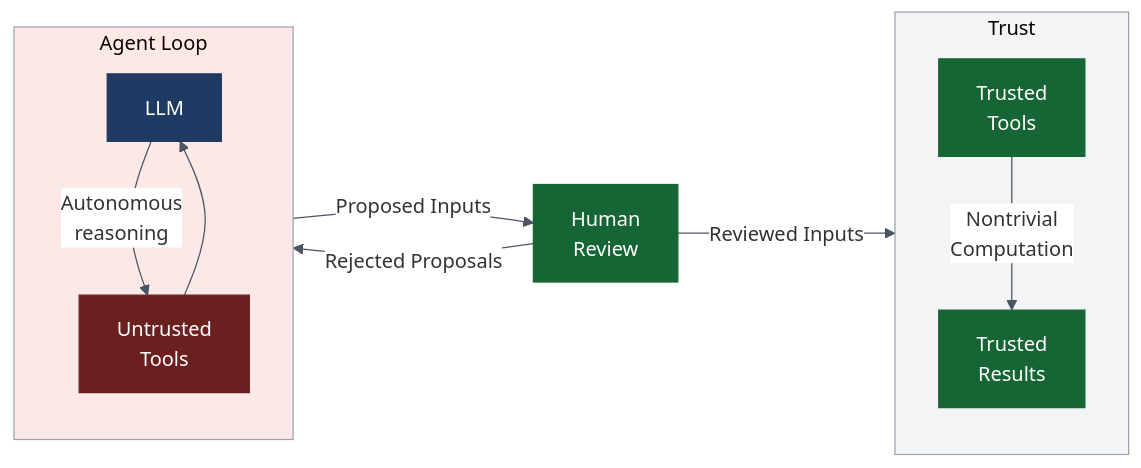
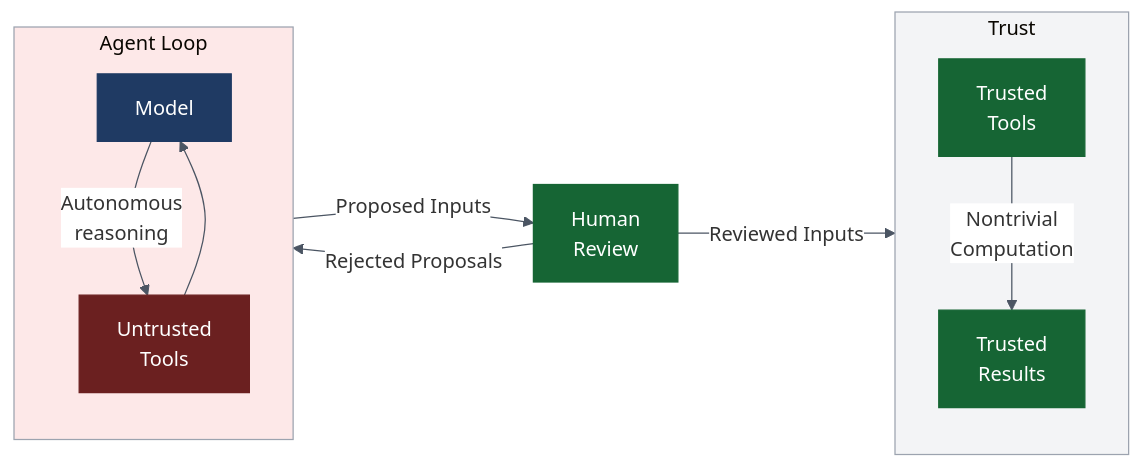
The diagram in index.qmd (parmsam/trustedminiagents), drawn with Mermaid before and after one commit. The commit also changed other lines of this file and 5 other files, not shown here.

Commit message:
'LLM' => 'AI model'

````diff
--- a/index.qmd
+++ b/index.qmd
@@ -37,32 +37,32 @@
 ```{mermaid}
 %%{init: {'theme':'base', 'themeVariables': {'lineColor':'#4B5563','edgeLabelBackground':'#ffffff'}}}%%
 flowchart LR
     subgraph AgentLoop["Agent Loop"]
         direction TB
-        LLM["LLM"]
+        Model["Model"]
         UT["Untrusted<br>Tools"]
-        LLM -->|"Autonomous<br>reasoning"| UT
-        UT --> LLM
+        Model -->|"Autonomous<br>reasoning"| UT
+        UT --> Model
     end
 
     HR["Human<br>Review"]
 
     subgraph Trust["Trust"]
         direction TB
         TT["Trusted<br>Tools"]
         TR["Trusted<br>Results"]
         TT -->|"Nontrivial<br>Computation"| TR
     end
 
     AgentLoop -->|"Proposed Inputs"| HR
     HR -->|"Rejected Proposals"| AgentLoop
     HR -->|"Reviewed Inputs"| TT
 
-    style LLM fill:#1F3A63,color:#ffffff,stroke:#1F3A63
+    style Model fill:#1F3A63,color:#ffffff,stroke:#1F3A63
     style UT fill:#6B2020,color:#ffffff,stroke:#6B2020
     style HR fill:#166534,color:#ffffff,stroke:#166534
     style TT fill:#166534,color:#ffffff,stroke:#166534
     style TR fill:#166534,color:#ffffff,stroke:#166534
     style AgentLoop fill:#FDE8E8,stroke:#9CA3AF
     style Trust fill:#F3F4F6,stroke:#9CA3AF
 ```
````
